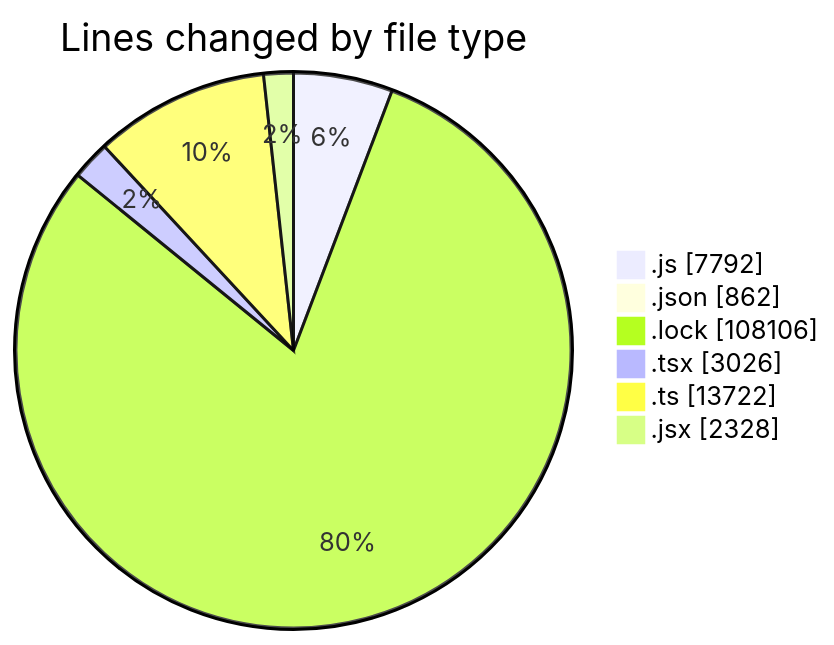
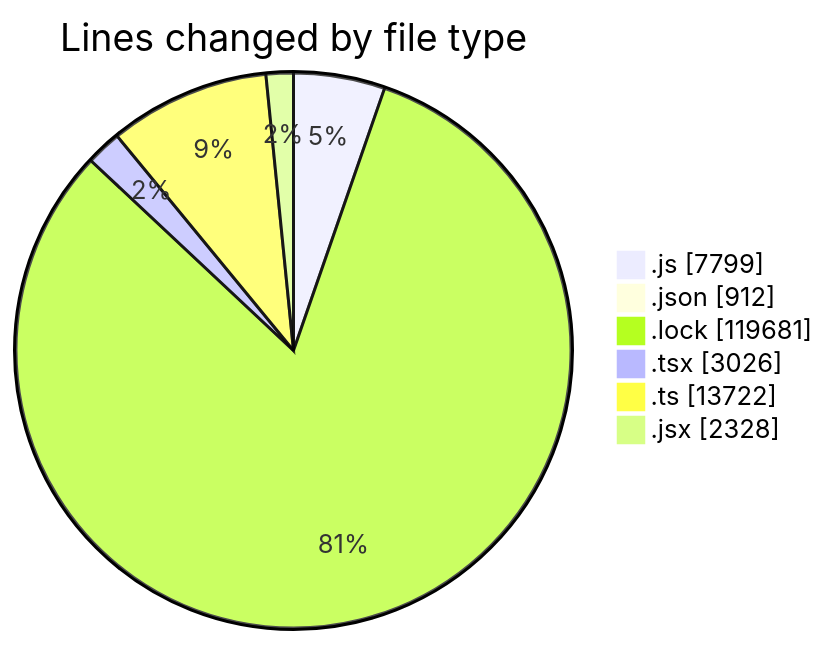
The first of 2 diagrams in 2025-12-18/cda/README.md (momahboobian/code-tracking), drawn with Mermaid before and after one commit. The commit also changed other lines of this file and 1 other file, not shown here.

````diff
--- a/2025-12-18/cda/README.md
+++ b/2025-12-18/cda/README.md
@@ -106,10 +108,10 @@
 ```mermaid
 pie showData
 title Lines changed by file type
-".js" : 7792
-".json" : 862
-".lock" : 108106
+".js" : 7799
+".json" : 912
+".lock" : 119681
 ".tsx" : 3026
 ".ts" : 13722
 ".jsx" : 2328
 ```
````
